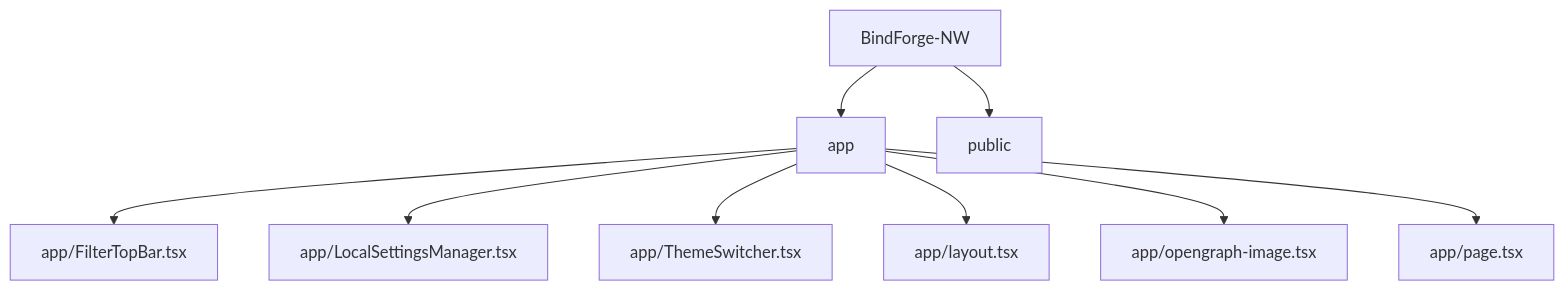
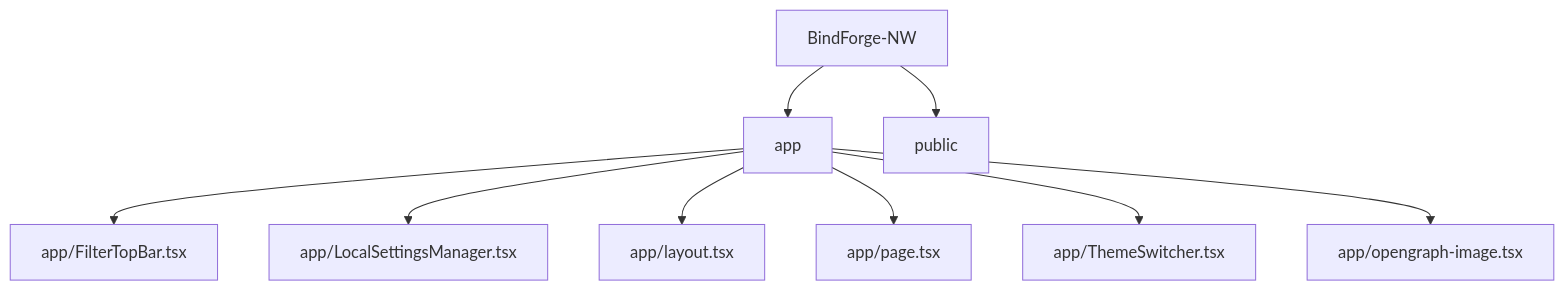
One commit to Nischhalsubba/BindForge-NW changed the second of 5 diagrams in README.md. Above: the diagram before and after it, drawn with Mermaid. The commit also changed other lines of this file, not shown here.

````diff
--- a/README.md
+++ b/README.md
@@ -49,12 +83,12 @@
 ```mermaid
 flowchart TD
     APP["BindForge-NW"]
     APP --> R0["app"]
     APP --> R1["public"]
     R0 --> F0["app/FilterTopBar.tsx"]
     R0 --> F1["app/LocalSettingsManager.tsx"]
-    R0 --> F2["app/ThemeSwitcher.tsx"]
-    R0 --> F3["app/layout.tsx"]
-    R0 --> F4["app/opengraph-image.tsx"]
-    R0 --> F5["app/page.tsx"]
+    R0 --> F2["app/layout.tsx"]
+    R0 --> F3["app/page.tsx"]
+    R0 --> F4["app/ThemeSwitcher.tsx"]
+    R0 --> F5["app/opengraph-image.tsx"]
 ```
````
